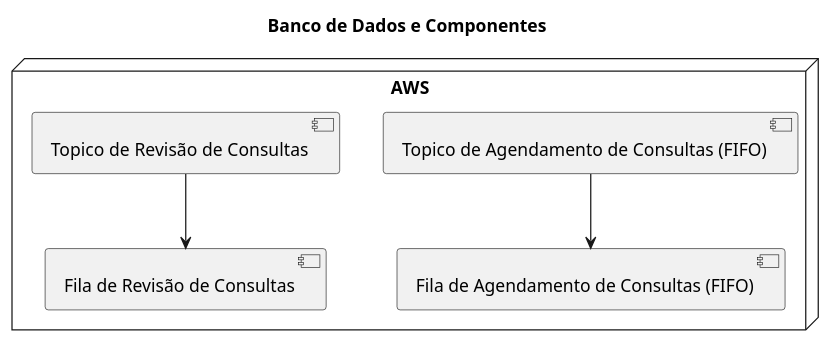
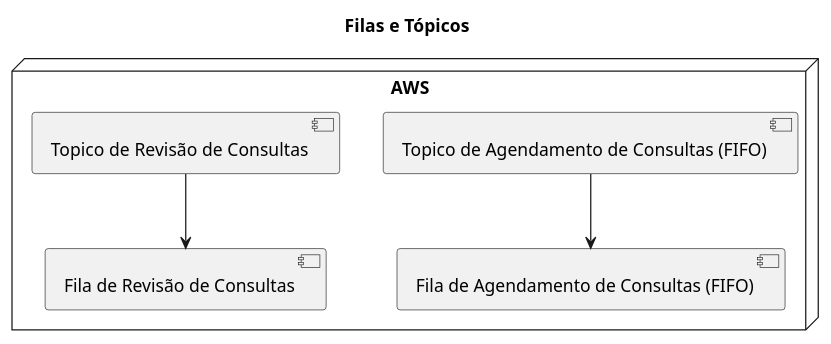
One commit to jfelipearaujo-healthmed/queues-topics-iac changed the diagram in docs/architecture.puml. Above: the diagram before and after it, drawn with PlantUML.

Commit message:
fix: componentes title

```diff
--- a/docs/architecture.puml
+++ b/docs/architecture.puml
@@ -1,15 +1,15 @@
 @startuml architecture
 
-title "Banco de Dados e Componentes"
+title "Filas e Tópicos"
 
 node "AWS" {
     component "Topico de Agendamento de Consultas (FIFO)" as appointment_topic
     component "Topico de Revisão de Consultas" as review_topic
     component "Fila de Agendamento de Consultas (FIFO)" as appointment_queue
     component "Fila de Revisão de Consultas" as review_queue
 
     appointment_topic -down-> appointment_queue
     review_topic -down-> review_queue
 }
 
 @enduml
```
